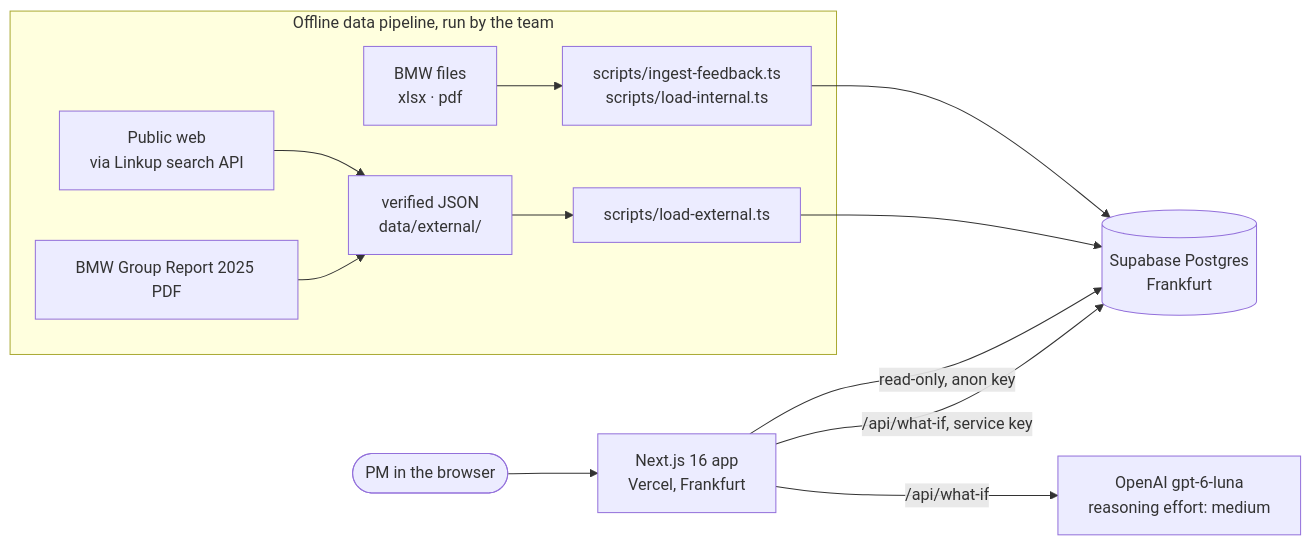
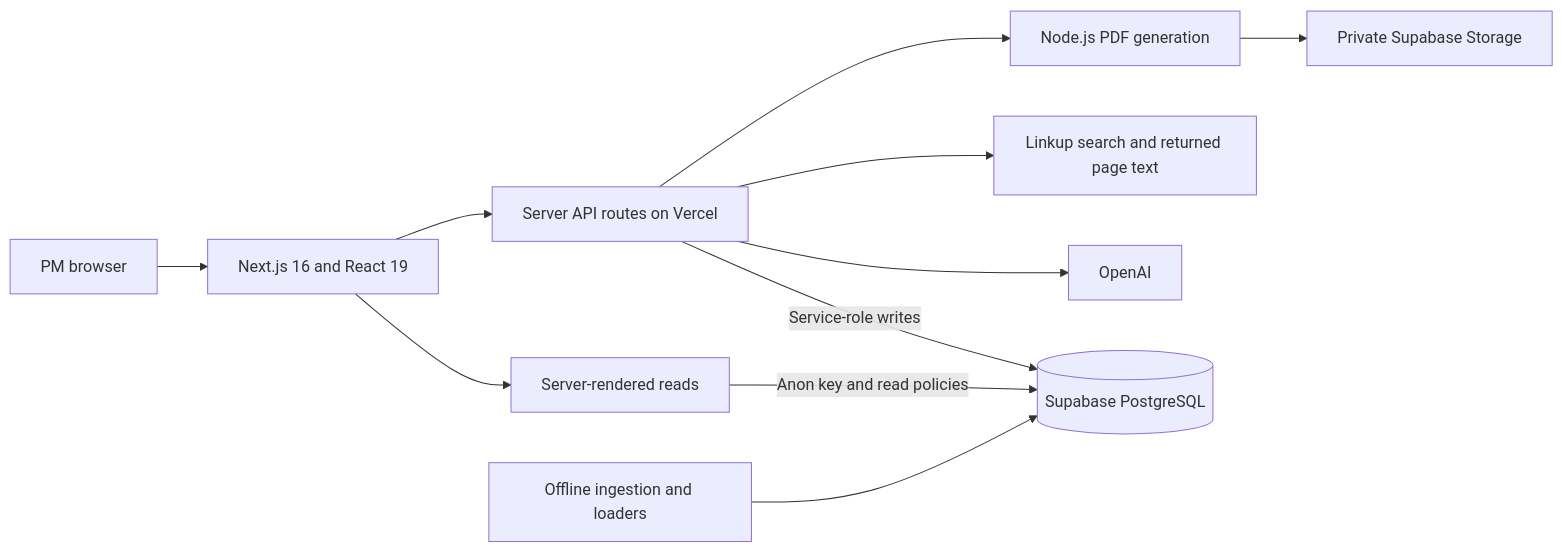
The first of 5 diagrams in ARCHITECTURE.md (abhinxx/bmw-backseat), drawn with Mermaid before and after one commit. The commit also changed other lines of this file and 1 other file, not shown here.

Commit message:
docs: guide the live workspace and document its architecture and environment

````diff
--- a/ARCHITECTURE.md
+++ b/ARCHITECTURE.md
@@ -8,14 +12,13 @@
 ```mermaid
 flowchart LR
-  PM(["PM in the browser"]) --> APP["Next.js 16 app<br/>Vercel, Frankfurt"]
-  APP -->|"read-only, anon key"| DB[("Supabase Postgres<br/>Frankfurt")]
-  APP -->|"/api/what-if, service key"| DB
-  APP -->|"/api/what-if"| LLM["OpenAI gpt-6-luna<br/>reasoning effort: medium"]
-  subgraph pipeline["Offline data pipeline, run by the team"]
-    RAW["BMW files<br/>xlsx · pdf"] --> CLEAN["scripts/ingest-feedback.ts<br/>scripts/load-internal.ts"]
-    WEB["Public web<br/>via Linkup search API"] --> EXT["verified JSON<br/>data/external/"] --> LOADX["scripts/load-external.ts"]
-    REPORT["BMW Group Report 2025 PDF"] --> EXT
-  end
-  CLEAN --> DB
-  LOADX --> DB
+  PM["PM browser"] --> APP["Next.js 16 and React 19"]
+  APP --> READ["Server-rendered reads"]
+  READ -->|"Anon key and read policies"| DB[("Supabase PostgreSQL")]
+  APP --> API["Server API routes on Vercel"]
+  API -->|"Service-role writes"| DB
+  API --> AI["OpenAI"]
+  API --> SEARCH["Linkup search and returned page text"]
+  API --> PDF["Node.js PDF generation"]
+  PDF --> FILES["Private Supabase Storage"]
+  LOAD["Offline ingestion and loaders"] --> DB
 ```
````
